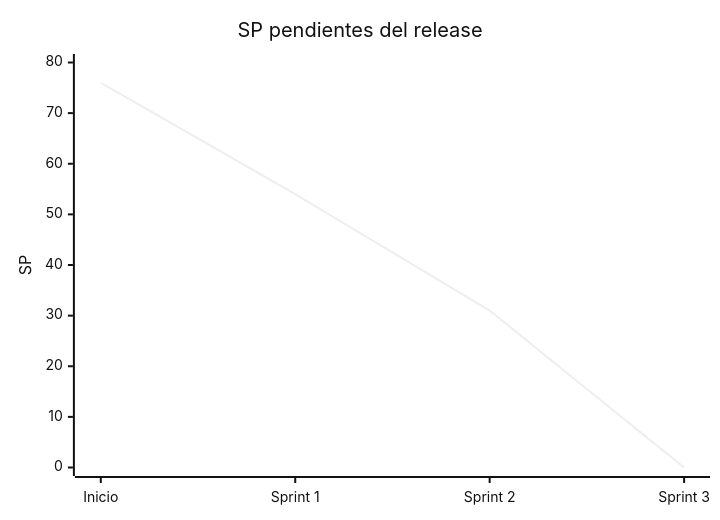
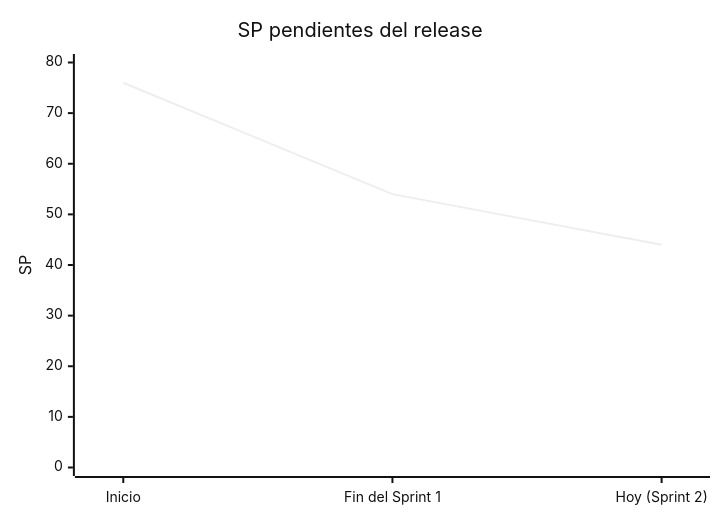
One commit to GabouLC/dq-center changed the diagram in docs/sprints/README.md. Above: the diagram before and after it, drawn with Mermaid (neutral theme). The commit also changed other lines of this file and 7 other files, not shown here.

````diff
--- a/docs/sprints/README.md
+++ b/docs/sprints/README.md
@@ -55,7 +61,7 @@
 ```mermaid
 xychart-beta
     title "SP pendientes del release"
-    x-axis ["Inicio", "Sprint 1", "Sprint 2", "Sprint 3"]
+    x-axis ["Inicio", "Fin del Sprint 1", "Hoy (Sprint 2)"]
     y-axis "SP" 0 --> 80
-    line [76, 54, 31, 0]
+    line [76, 54, 44]
 ```
````
